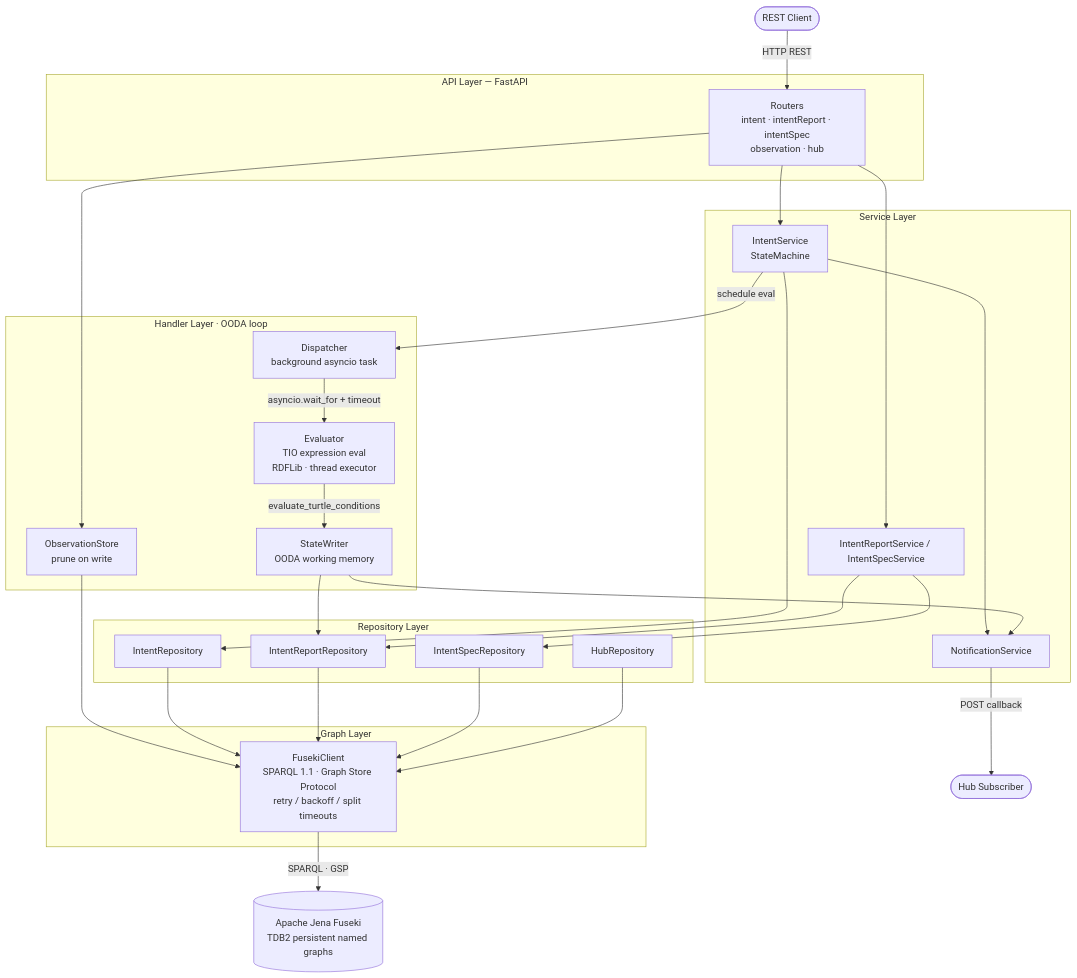
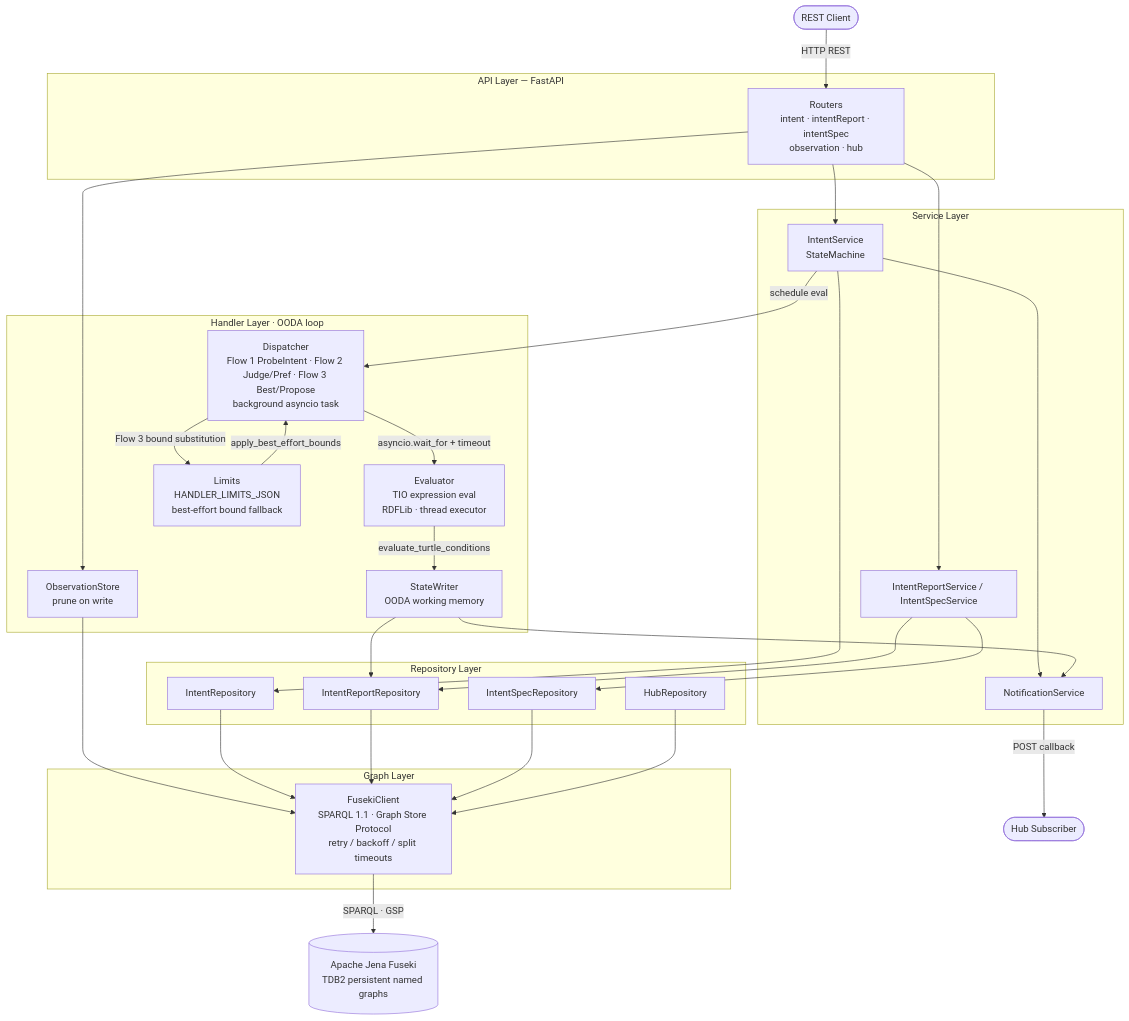
One commit to bradspau/BBF_921 changed the diagram in README.md. Above: the diagram before and after it, drawn with Mermaid. The commit also changed other lines of this file and 2 other files, not shown here.

First line of the commit message:
docs: add Flow 1 (ProbeIntent) and Flow 3 (Best/Propose) to README and HSI_DEMO

````diff
--- a/README.md
+++ b/README.md
@@ -163,48 +204,51 @@
 ```mermaid
 flowchart TD
     Client(["REST Client"])
     Hub(["Hub Subscriber"])
 
     subgraph api["API Layer — FastAPI"]
         R["Routers\nintent · intentReport · intentSpec\nobservation · hub"]
     end
 
     subgraph svc["Service Layer"]
         IS["IntentService\nStateMachine"]
         NS["NotificationService"]
         RS["IntentReportService / IntentSpecService"]
     end
 
     subgraph hdl["Handler Layer  ·  OODA loop"]
-        D["Dispatcher\nbackground asyncio task"]
+        D["Dispatcher\nFlow 1 ProbeIntent · Flow 2 Judge/Pref · Flow 3 Best/Propose\nbackground asyncio task"]
         E["Evaluator\nTIO expression eval\nRDFLib · thread executor"]
         SW["StateWriter\nOODA working memory"]
         OS["ObservationStore\nprune on write"]
+        LM["Limits\nHANDLER_LIMITS_JSON\nbest-effort bound fallback"]
     end
 
     subgraph repo["Repository Layer"]
         IR["IntentRepository"]
         RR["IntentReportRepository"]
         SR["IntentSpecRepository"]
         HR["HubRepository"]
     end
 
     subgraph graph["Graph Layer"]
         FC["FusekiClient\nSPARQL 1.1 · Graph Store Protocol\nretry / backoff / split timeouts"]
     end
 
     FDB[("Apache Jena Fuseki\nTDB2 persistent named graphs")]
 
     Client -->|"HTTP REST"| R
     R --> IS & RS & OS
     IS -->|"schedule eval"| D
     IS --> NS & IR
     RS --> RR & SR
     NS -->|"POST callback"| Hub
     D -->|"asyncio.wait_for + timeout"| E
     E -->|"evaluate_turtle_conditions"| SW
+    D -->|"Flow 3 bound substitution"| LM
+    LM -->|"apply_best_effort_bounds"| D
     SW --> RR & NS
     OS --> FC
     IR & RR & SR & HR --> FC
     FC -->|"SPARQL · GSP"| FDB
 ```
````
